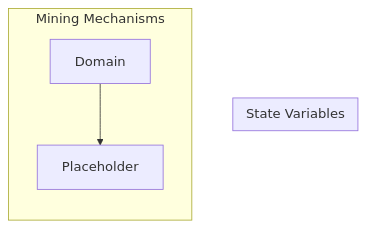
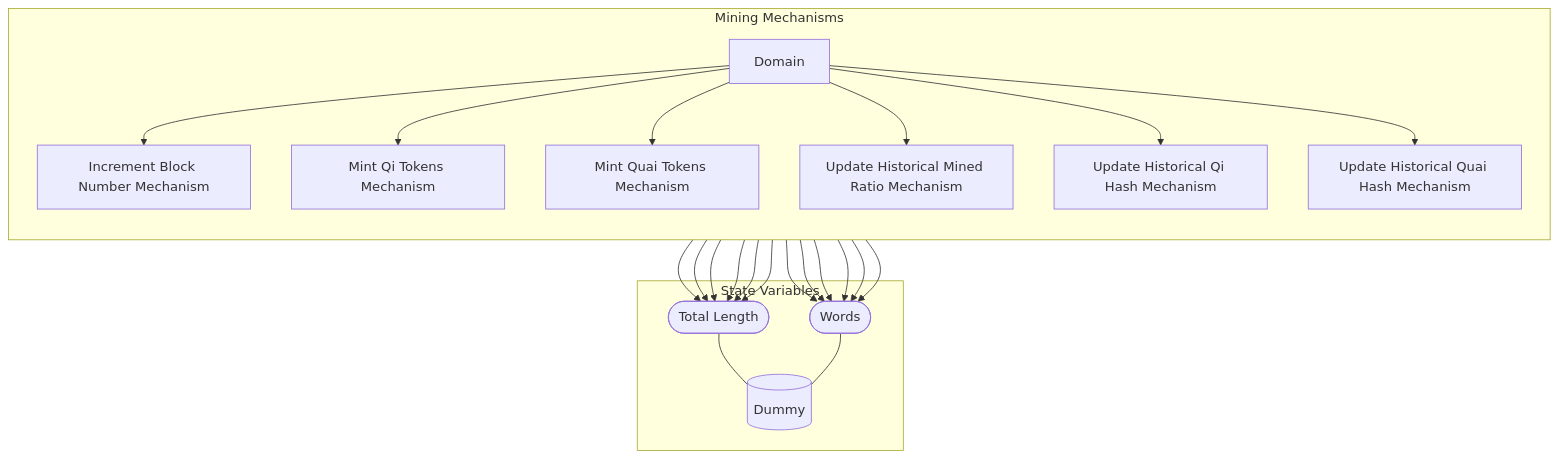
Before and after one commit to dominant-strategies/Quai-Macro-Model: the diagram in Research/MSML Scaffold/Wiring/Mining Mechanisms.md, drawn with Mermaid. The commit also changed other lines of this file and 29 other files, not shown here.

````diff
--- a/Research/MSML Scaffold/Wiring/Mining Mechanisms.md
+++ b/Research/MSML Scaffold/Wiring/Mining Mechanisms.md
@@ -3,16 +3,43 @@
 ```mermaid
 graph TB
 
 subgraph SVS["State Variables"]
+EE0[("Dummy")]
+EES0(["Total Length"])
+EES0 --- EE0
+EES1(["Words"])
+EES1 --- EE0
 end
 
-subgraph X4["Mining Mechanisms"]
+subgraph X9["Mining Mechanisms"]
 direction TB
-X1["Placeholder"]
-X2[Domain]
+X1["Increment Block Number Mechanism"]
+X1 --> EES1
+X1 --> EES0
+X2["Mint Qi Tokens Mechanism"]
+X2 --> EES1
+X2 --> EES0
+X3["Mint Quai Tokens Mechanism"]
+X3 --> EES1
+X3 --> EES0
+X4["Update Historical Mined Ratio Mechanism"]
+X4 --> EES1
+X4 --> EES0
+X5["Update Historical Qi Hash Mechanism"]
+X5 --> EES1
+X5 --> EES0
+X6["Update Historical Quai Hash Mechanism"]
+X6 --> EES1
+X6 --> EES0
+X7[Domain]
 
 direction LR
 direction TB
-X2 --> X1
+X7 --> X1
+X7 --> X2
+X7 --> X3
+X7 --> X4
+X7 --> X5
+X7 --> X6
 end
 ```
````
